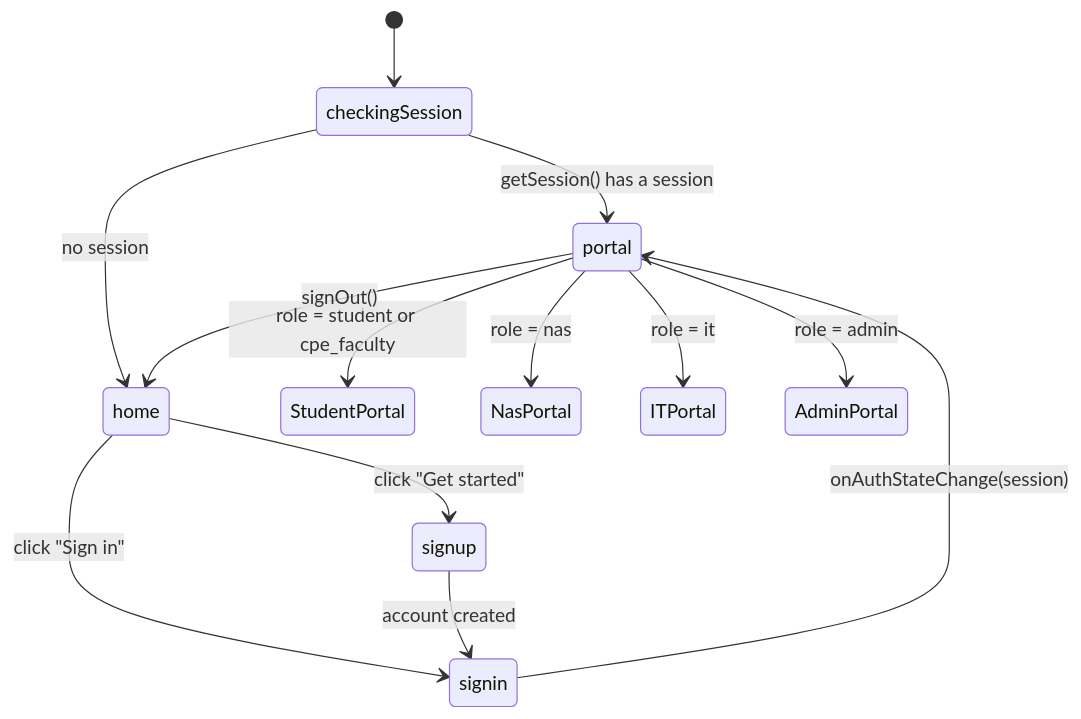
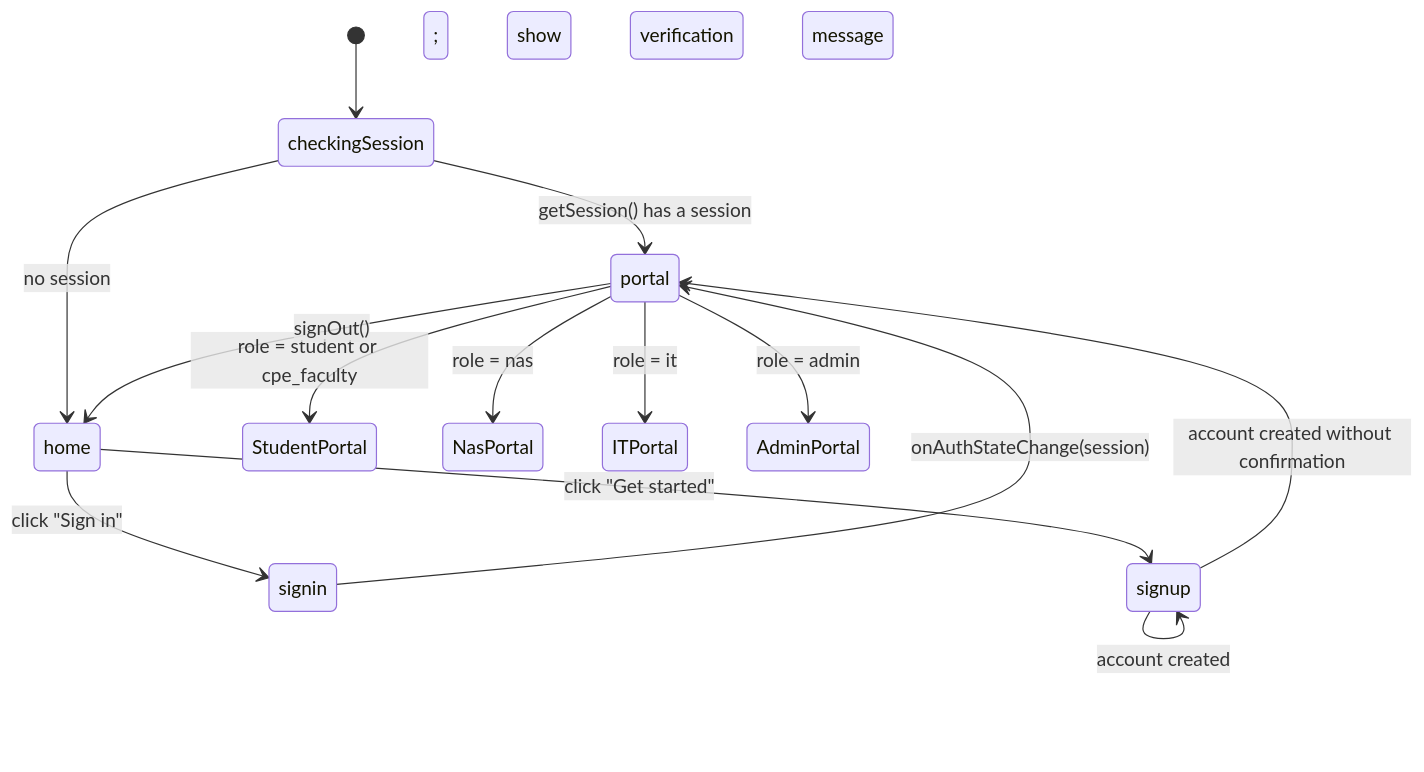
One commit to SeanixReal/Jobelonese changed the fourth of 5 diagrams in docs/ARCHITECTURE.md. Above: the diagram before and after it, drawn with Mermaid. The commit also changed other lines of this file and 20 other files, not shown here.

````diff
--- a/docs/ARCHITECTURE.md
+++ b/docs/ARCHITECTURE.md
@@ -174,16 +170,17 @@
 ```mermaid
 stateDiagram-v2
     [*] --> checkingSession
     checkingSession --> portal: getSession() has a session
     checkingSession --> home: no session
 
     home --> signin: click "Sign in"
     home --> signup: click "Get started"
-    signup --> signin: account created
+    signup --> signup: account created; show verification message
+    signup --> portal: account created without confirmation
     signin --> portal: onAuthStateChange(session)
     portal --> StudentPortal: role = student or cpe_faculty
     portal --> NasPortal: role = nas
     portal --> ITPortal: role = it
     portal --> AdminPortal: role = admin
     portal --> home: signOut()
 ```
````
